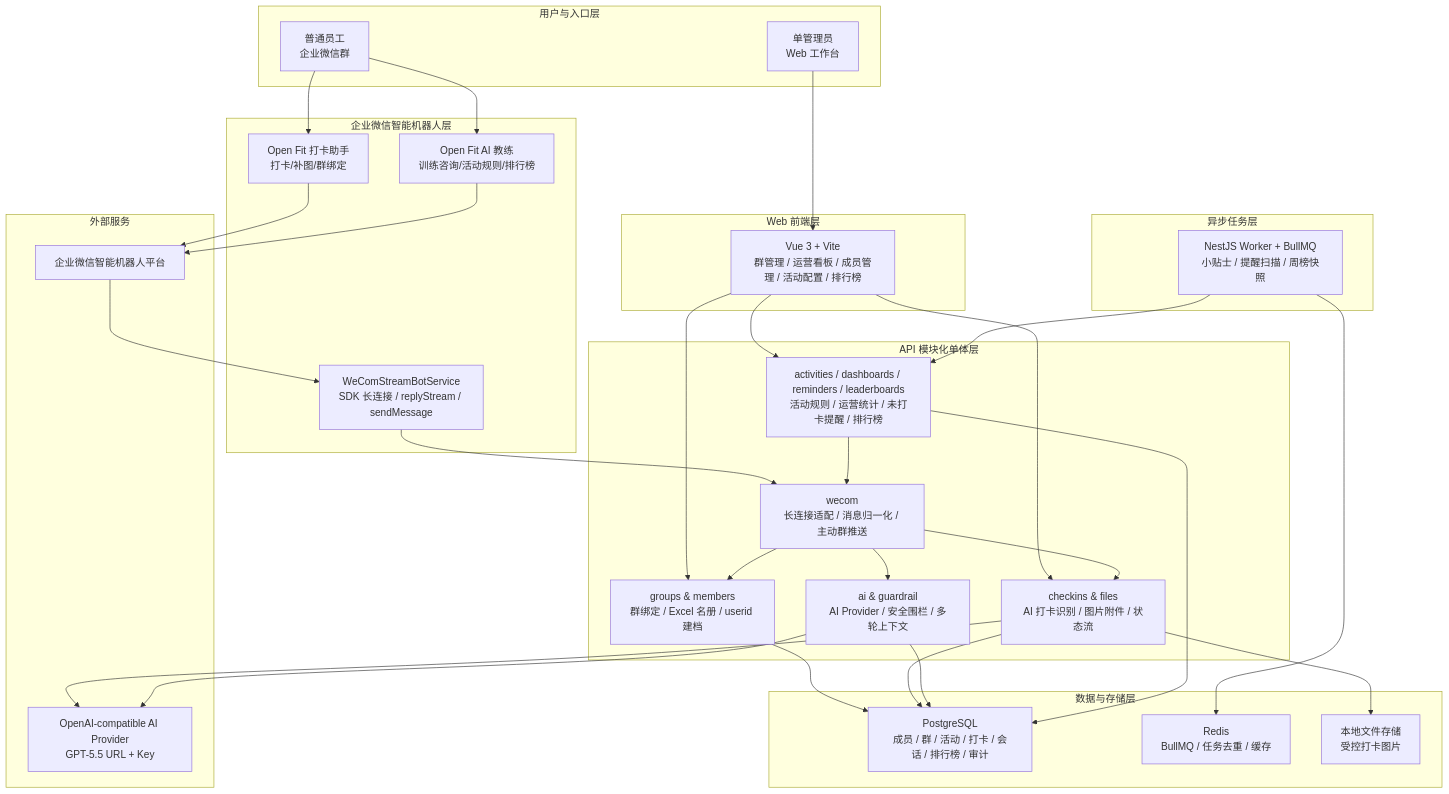
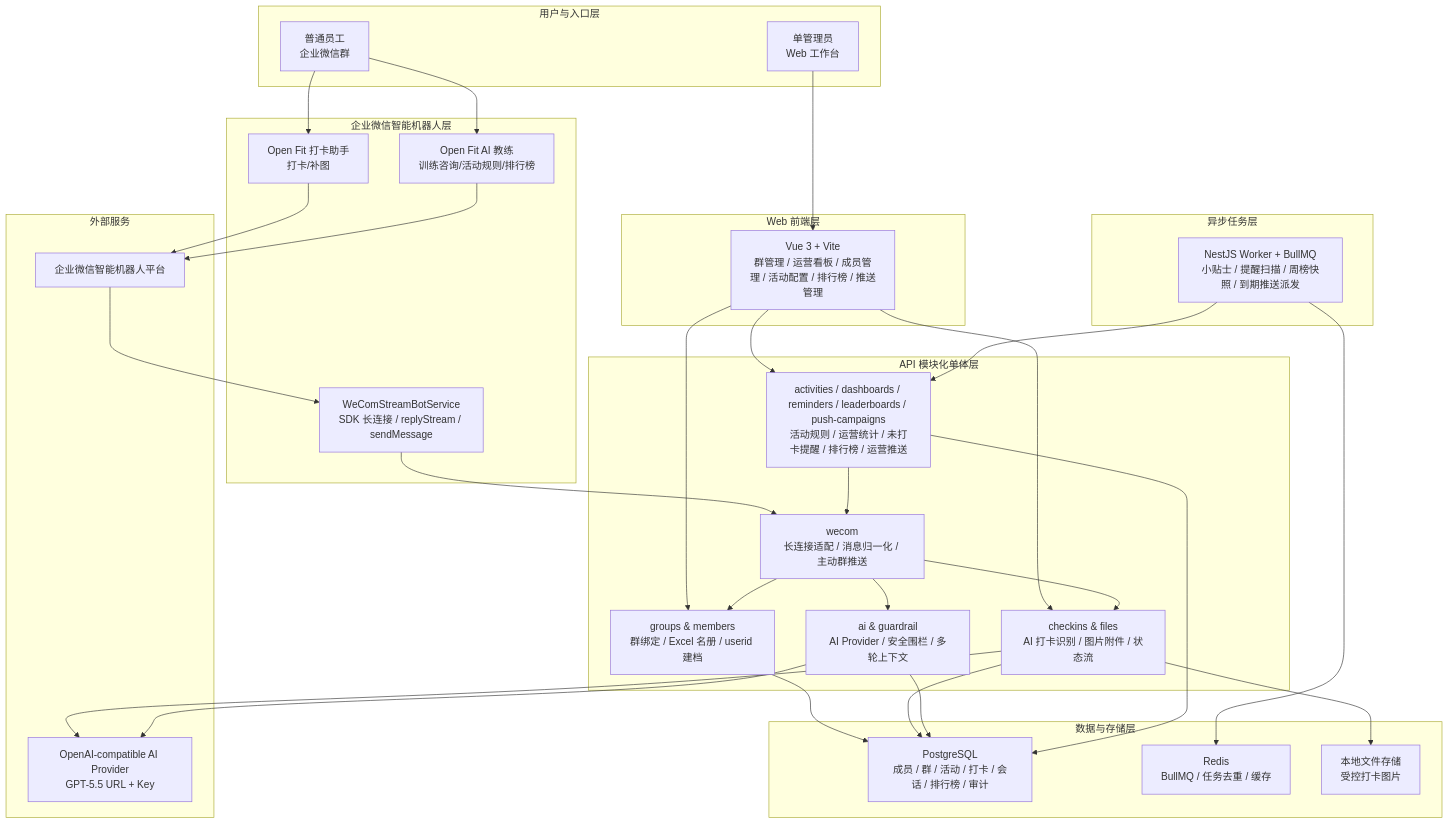
Before and after one commit to RossiLc/Project-AI-Fitness-Coach: the first of 5 diagrams in docs/知识库/基础架构.md, drawn with Mermaid. The commit also changed other lines of this file and 51 other files, not shown here.

````diff
--- a/docs/知识库/基础架构.md
+++ b/docs/知识库/基础架构.md
@@ -14,64 +14,64 @@
 ```mermaid
 flowchart TB
   subgraph UserLayer["用户与入口层"]
     Employee["普通员工\n企业微信群"]
     Admin["单管理员\nWeb 工作台"]
   end
 
   subgraph WeComLayer["企业微信智能机器人层"]
-    CheckinBot["Open Fit 打卡助手\n打卡/补图/群绑定"]
+    CheckinBot["Open Fit 打卡助手\n打卡/补图"]
     CoachBot["Open Fit AI 教练\n训练咨询/活动规则/排行榜"]
     WeComSDK["WeComStreamBotService\nSDK 长连接 / replyStream / sendMessage"]
   end
 
   subgraph WebLayer["Web 前端层"]
-    WebApp["Vue 3 + Vite\n群管理 / 运营看板 / 成员管理 / 活动配置 / 排行榜"]
+    WebApp["Vue 3 + Vite\n群管理 / 运营看板 / 成员管理 / 活动配置 / 排行榜 / 推送管理"]
   end
 
   subgraph ApiLayer["API 模块化单体层"]
     WeComModule["wecom\n长连接适配 / 消息归一化 / 主动群推送"]
     GroupModule["groups & members\n群绑定 / Excel 名册 / userid 建档"]
     CheckinModule["checkins & files\nAI 打卡识别 / 图片附件 / 状态流"]
     CoachModule["ai & guardrail\nAI Provider / 安全围栏 / 多轮上下文"]
-    OpsModule["activities / dashboards / reminders / leaderboards\n活动规则 / 运营统计 / 未打卡提醒 / 排行榜"]
+    OpsModule["activities / dashboards / reminders / leaderboards / push-campaigns\n活动规则 / 运营统计 / 未打卡提醒 / 排行榜 / 运营推送"]
   end
 
   subgraph WorkerLayer["异步任务层"]
-    Worker["NestJS Worker + BullMQ\n小贴士 / 提醒扫描 / 周榜快照"]
+    Worker["NestJS Worker + BullMQ\n小贴士 / 提醒扫描 / 周榜快照 / 到期推送派发"]
   end
 
   subgraph DataLayer["数据与存储层"]
     Postgres["PostgreSQL\n成员 / 群 / 活动 / 打卡 / 会话 / 排行榜 / 审计"]
     Redis["Redis\nBullMQ / 任务去重 / 缓存"]
     LocalStorage["本地文件存储\n受控打卡图片"]
   end
 
   subgraph ExternalLayer["外部服务"]
     WeCom["企业微信智能机器人平台"]
     AI["OpenAI-compatible AI Provider\nGPT-5.5 URL + Key"]
   end
 
   Employee --> CheckinBot
   Employee --> CoachBot
   CheckinBot --> WeCom
   CoachBot --> WeCom
   WeCom --> WeComSDK
   WeComSDK --> WeComModule
   Admin --> WebApp
   WebApp --> GroupModule
   WebApp --> OpsModule
   WebApp --> CheckinModule
   WeComModule --> GroupModule
   WeComModule --> CheckinModule
   WeComModule --> CoachModule
   CheckinModule --> AI
   CoachModule --> AI
   OpsModule --> WeComModule
   Worker --> OpsModule
   GroupModule --> Postgres
   CheckinModule --> Postgres
   CheckinModule --> LocalStorage
   CoachModule --> Postgres
   OpsModule --> Postgres
   Worker --> Redis
 ```
````
